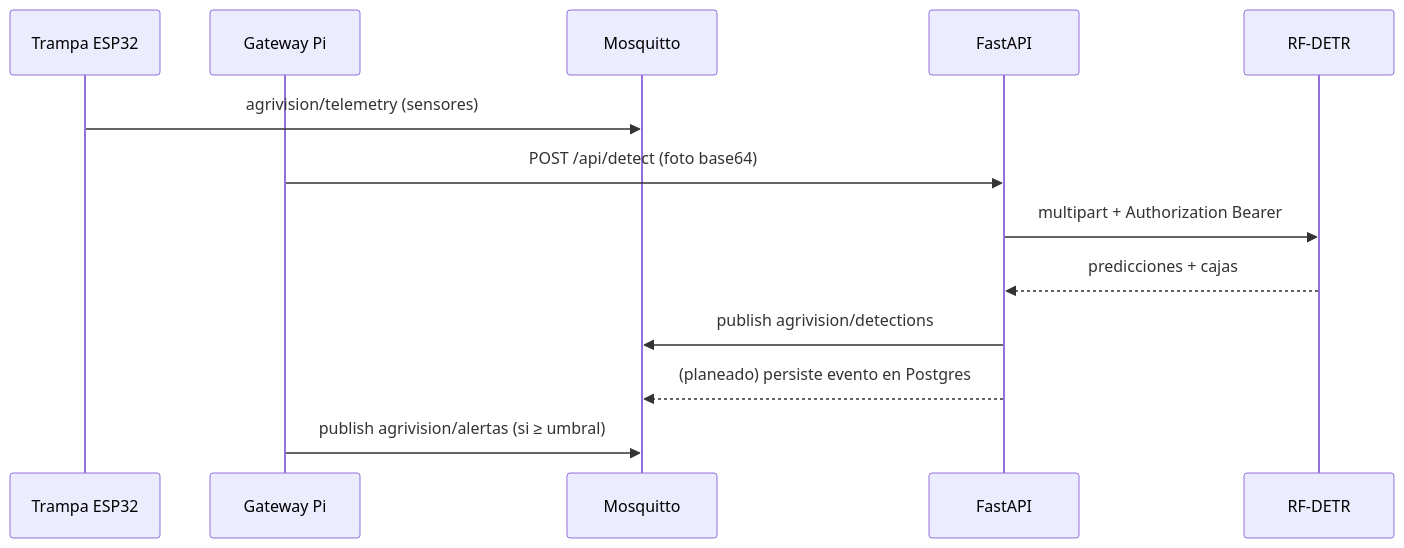
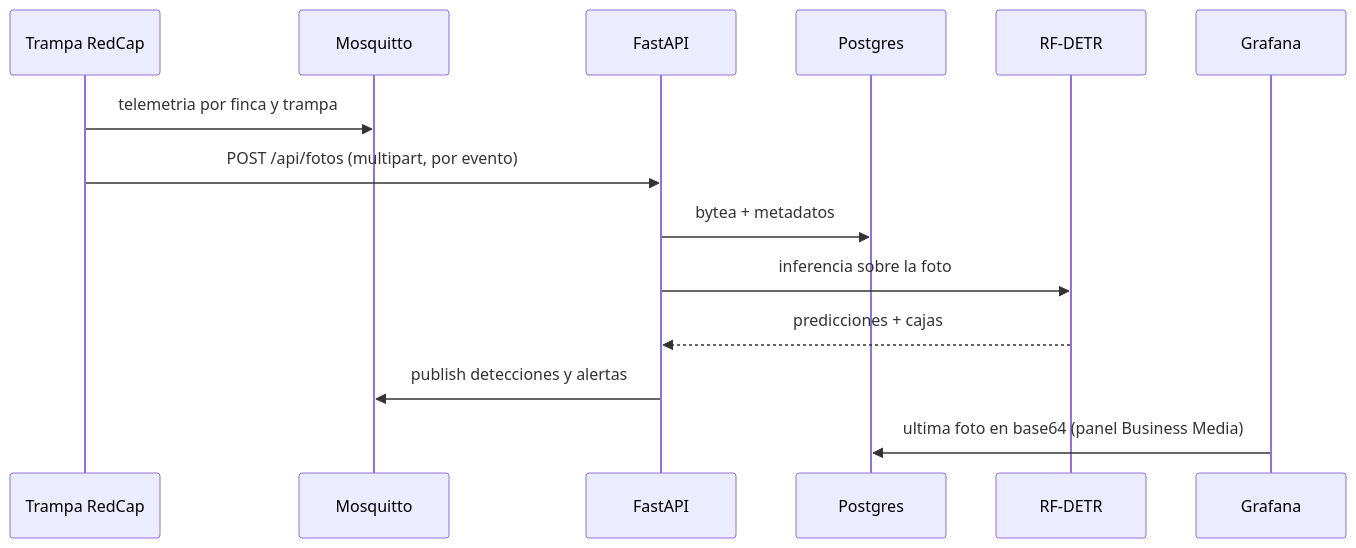
One commit to vertivolatam/hackathon-5g-2026 changed the second of 2 diagrams in docs-site/docs/explanation/arquitectura.md. Above: the diagram before and after it, drawn with Mermaid. The commit also changed other lines of this file and 13 other files, not shown here.

First line of the commit message:
feat(fotos): pipeline trampa-HTTP-Postgres-Grafana + Timescale + diagramas

````diff
--- a/docs-site/docs/explanation/arquitectura.md
+++ b/docs-site/docs/explanation/arquitectura.md
@@ -37,15 +36,16 @@
 ```mermaid
 sequenceDiagram
-    participant T as Trampa ESP32
-    participant G as Gateway Pi
+    participant T as Trampa RedCap
     participant M as Mosquitto
     participant B as FastAPI
+    participant P as Postgres
     participant R as RF-DETR
-    T->>M: agrivision/telemetry (sensores)
-    G->>B: POST /api/detect (foto base64)
-    B->>R: multipart + Authorization Bearer
+    participant GR as Grafana
+    T->>M: telemetria por finca y trampa
+    T->>B: POST /api/fotos (multipart, por evento)
+    B->>P: bytea + metadatos
+    B->>R: inferencia sobre la foto
     R-->>B: predicciones + cajas
-    B->>M: publish agrivision/detections
-    B-->>M: (planeado) persiste evento en Postgres
-    G->>M: publish agrivision/alertas (si ≥ umbral)
+    B->>M: publish detecciones y alertas
+    GR->>P: ultima foto en base64 (panel Business Media)
 ```
````
